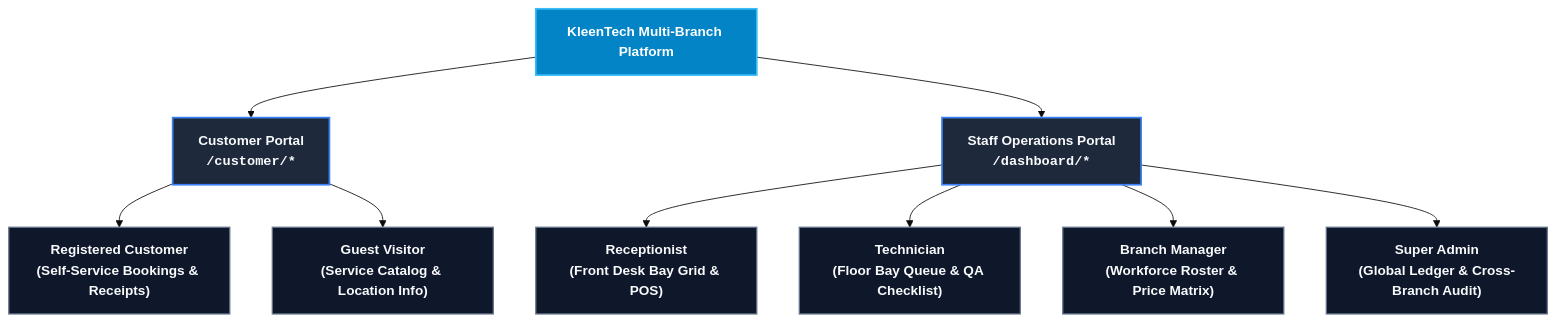
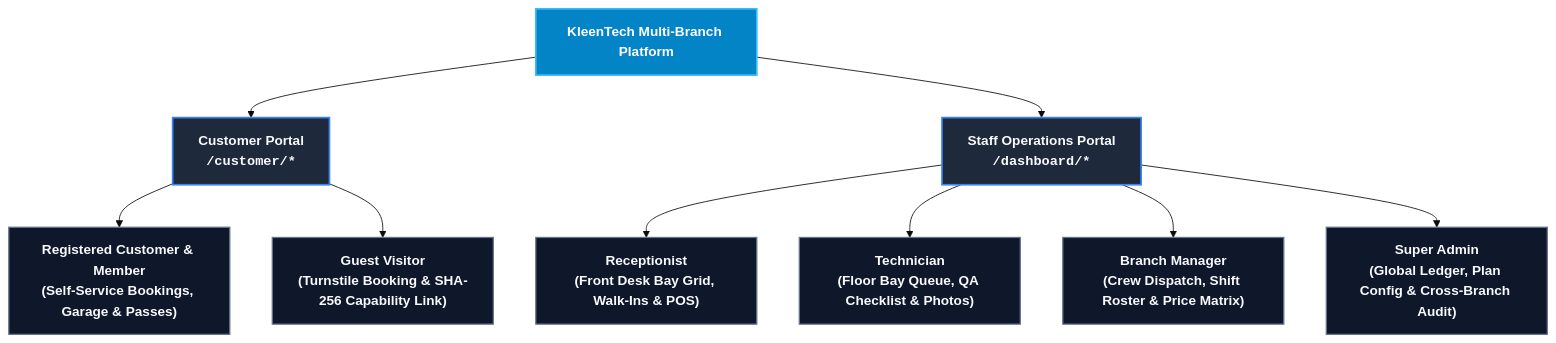
Before and after one commit to donaldobeso/Kleentech-Auto-Detailing-Multi-Branch-Operations: the diagram in README.md, drawn with Mermaid (base theme). The commit also changed other lines of this file and 1 other file, not shown here.

Commit message:
docs: update showcase architecture, domain contracts, and in-progress M1-M6 roadmap

````diff
--- a/README.md
+++ b/README.md
@@ -75,19 +77,19 @@
 ```mermaid
 graph TD
     classDef portal fill:#1e293b,stroke:#3b82f6,stroke-width:2px,color:#f8fafc;
     classDef role fill:#0f172a,stroke:#64748b,stroke-width:1.5px,color:#f8fafc;
     classDef root fill:#0284c7,stroke:#38bdf8,stroke-width:2px,color:#ffffff,font-weight:bold;
 
     Root["KleenTech Multi-Branch Platform"]:::root
 
     Root --> CustPortal["Customer Portal<br/><code>/customer/*</code>"]:::portal
     Root --> StaffPortal["Staff Operations Portal<br/><code>/dashboard/*</code>"]:::portal
 
-    CustPortal --> RoleCust["Registered Customer<br/>(Self-Service Bookings & Receipts)"]:::role
-    CustPortal --> RoleGuest["Guest Visitor<br/>(Service Catalog & Location Info)"]:::role
+    CustPortal --> RoleCust["Registered Customer & Member<br/>(Self-Service Bookings, Garage & Passes)"]:::role
+    CustPortal --> RoleGuest["Guest Visitor<br/>(Turnstile Booking & SHA-256 Capability Link)"]:::role
 
-    StaffPortal --> RoleRec["Receptionist<br/>(Front Desk Bay Grid & POS)"]:::role
-    StaffPortal --> RoleTech["Technician<br/>(Floor Bay Queue & QA Checklist)"]:::role
-    StaffPortal --> RoleMgr["Branch Manager<br/>(Workforce Roster & Price Matrix)"]:::role
-    StaffPortal --> RoleAdmin["Super Admin<br/>(Global Ledger & Cross-Branch Audit)"]:::role
+    StaffPortal --> RoleRec["Receptionist<br/>(Front Desk Bay Grid, Walk-Ins & POS)"]:::role
+    StaffPortal --> RoleTech["Technician<br/>(Floor Bay Queue, QA Checklist & Photos)"]:::role
+    StaffPortal --> RoleMgr["Branch Manager<br/>(Crew Dispatch, Shift Roster & Price Matrix)"]:::role
+    StaffPortal --> RoleAdmin["Super Admin<br/>(Global Ledger, Plan Config & Cross-Branch Audit)"]:::role
 ```
````
